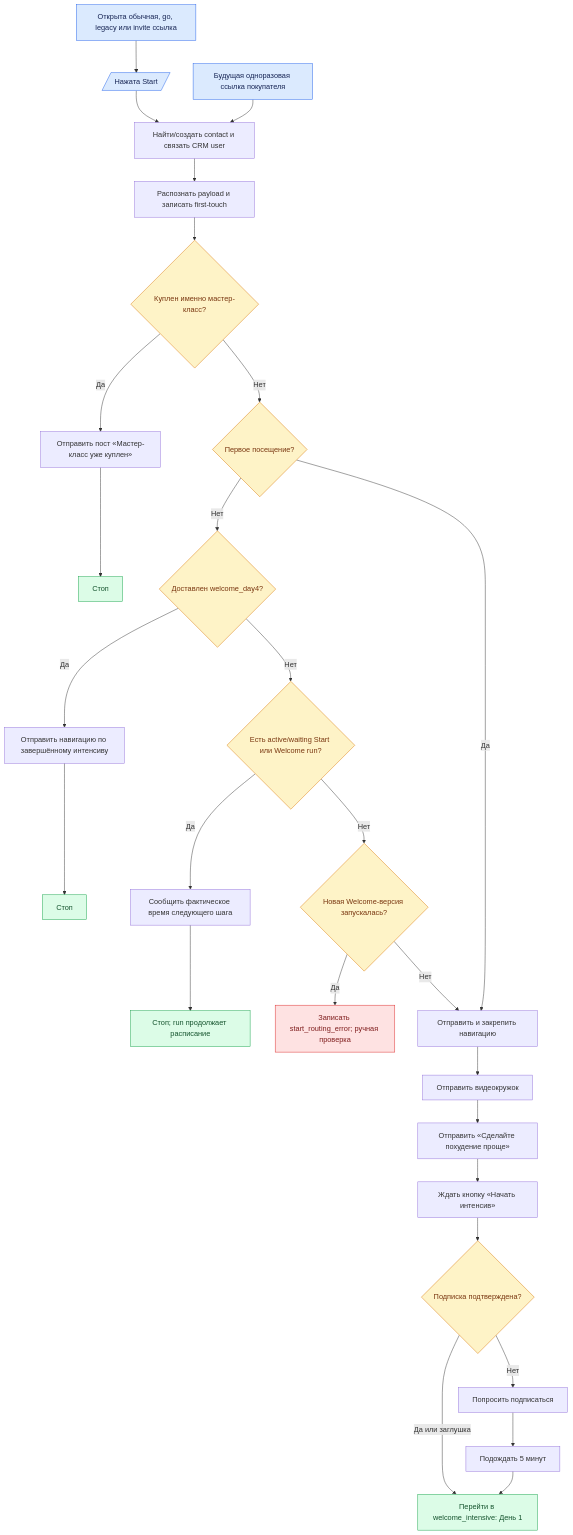
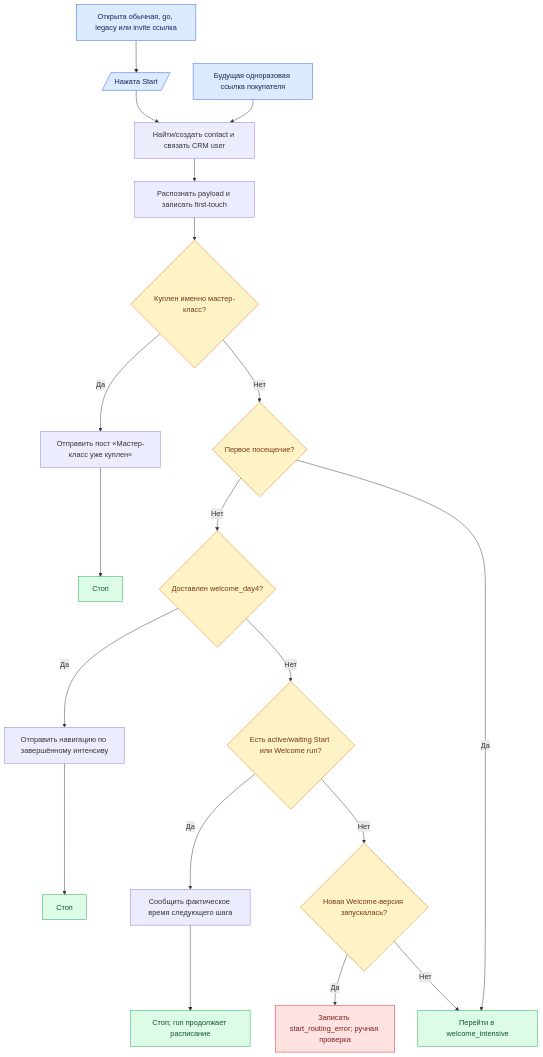
The diagram in docs/knowledge-base/modules/telegram/START_WELCOME_ROUTING.md (armagedongt/edabalans.ru), drawn with Mermaid before and after one commit. The commit also changed other lines of this file and 17 other files, not shown here.

Commit message:
Refine Telegram welcome graph and content editing

````diff
--- a/docs/knowledge-base/modules/telegram/START_WELCOME_ROUTING.md
+++ b/docs/knowledge-base/modules/telegram/START_WELCOME_ROUTING.md
@@ -234,38 +140,30 @@
 ```mermaid
 flowchart TD
     L[Открыта обычная, go, legacy или invite ссылка] --> S[/Нажата Start/]
     BUYLINK[Будущая одноразовая ссылка покупателя] --> ID
     S --> ID[Найти/создать contact и связать CRM user]
     ID --> ATTR[Распознать payload и записать first-touch]
     ATTR --> MK{Куплен именно мастер-класс?}
     MK -- Да --> MB[Отправить пост «Мастер-класс уже куплен»]
     MB --> STOP1[Стоп]
     MK -- Нет --> FIRST{Первое посещение?}
     FIRST -- Нет --> D4{Доставлен welcome_day4?}
     D4 -- Да --> COMPLETE[Отправить навигацию по завершённому интенсиву]
     COMPLETE --> STOP2[Стоп]
     D4 -- Нет --> RUN{Есть active/waiting Start или Welcome run?}
     RUN -- Да --> WAIT[Сообщить фактическое время следующего шага]
     WAIT --> STOP3[Стоп; run продолжает расписание]
     RUN -- Нет --> EVER{Новая Welcome-версия запускалась?}
     EVER -- Да --> ERR[Записать start_routing_error; ручная проверка]
-    FIRST -- Да --> NAV
-    EVER -- Нет --> NAV[Отправить и закрепить навигацию]
-    NAV --> CIRCLE[Отправить видеокружок]
-    CIRCLE --> OFFER[Отправить «Сделайте похудение проще»]
-    OFFER --> BUTTON[Ждать кнопку «Начать интенсив»]
-    BUTTON --> SUB{Подписка подтверждена?}
-    SUB -- Да или заглушка --> WELCOME[Перейти в welcome_intensive: День 1]
-    SUB -- Нет --> REMIND[Попросить подписаться]
-    REMIND --> DELAY[Подождать 5 минут]
-    DELAY --> WELCOME
+    FIRST -- Да --> WELCOME[Перейти в welcome_intensive]
+    EVER -- Нет --> WELCOME
 
     classDef entry fill:#dbeafe,stroke:#2563eb,color:#172554;
     classDef exit fill:#dcfce7,stroke:#16a34a,color:#14532d;
     classDef error fill:#fee2e2,stroke:#dc2626,color:#7f1d1d;
     classDef condition fill:#fef3c7,stroke:#d97706,color:#78350f;
     class L,S,BUYLINK entry;
     class WELCOME,STOP1,STOP2,STOP3 exit;
     class ERR error;
     class MK,FIRST,D4,RUN,EVER,SUB condition;
 ```
````
